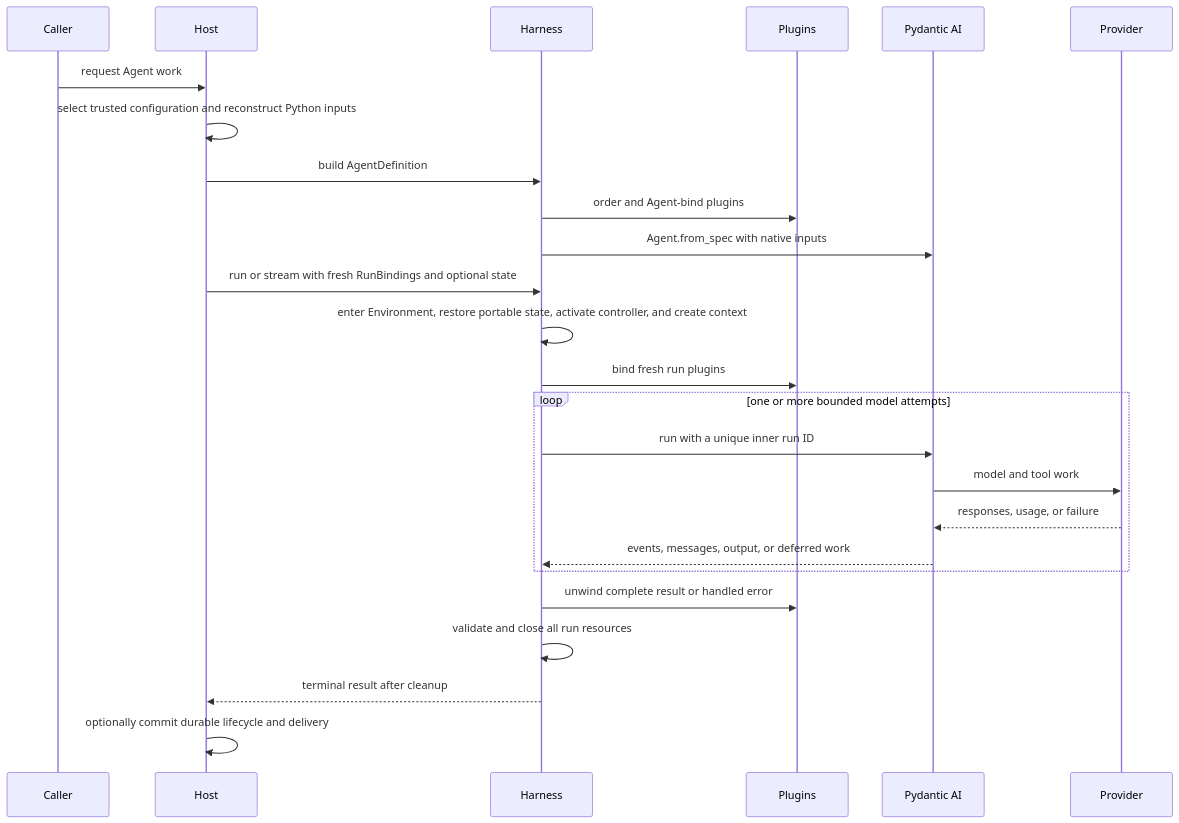
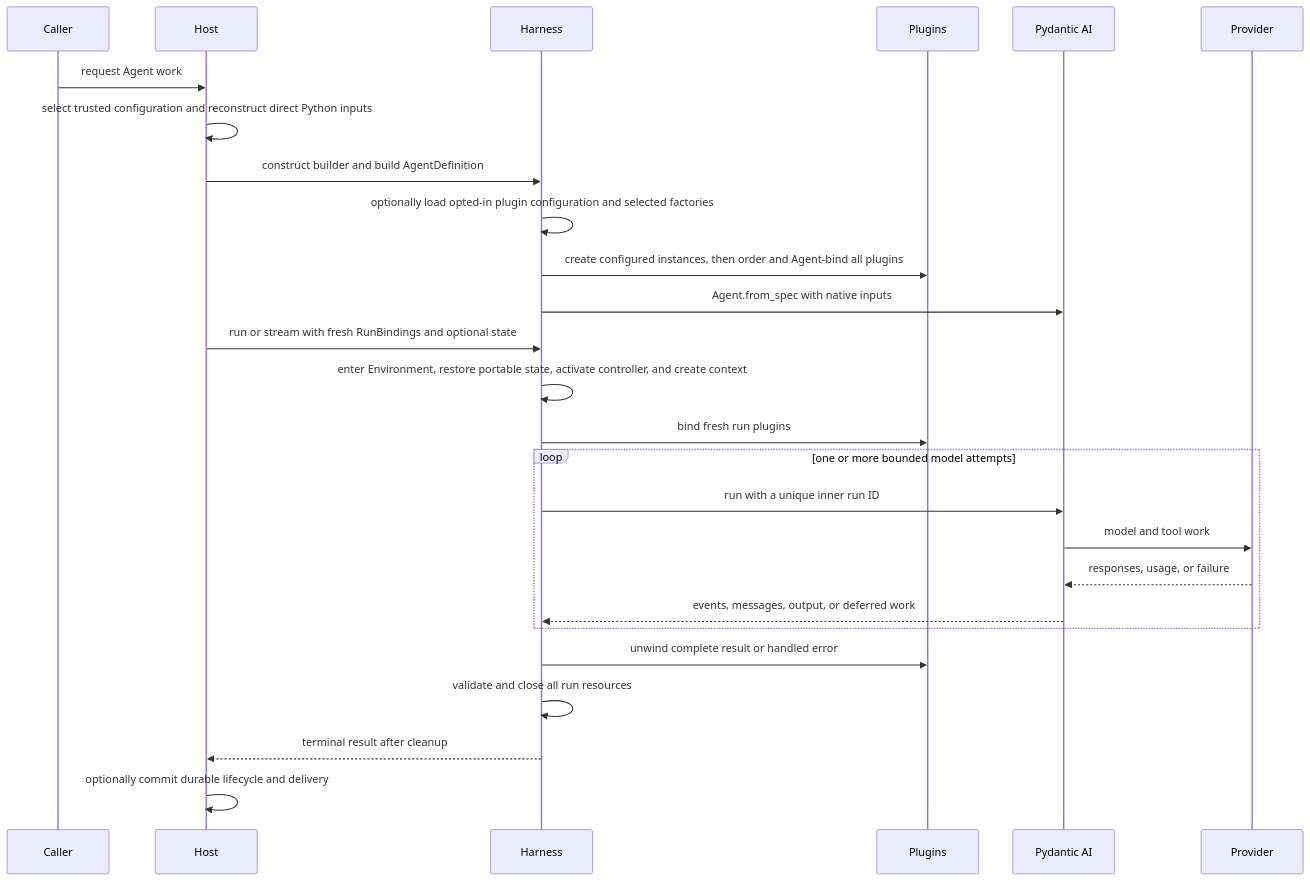
Before and after one commit to LTThreeComma/agent-foundation: the second of 2 diagrams in spec/agent-harness/00-overview.md, drawn with Mermaid. The commit also changed other lines of this file and 42 other files, not shown here.

First line of the commit message:
feat(harness): add configured plugin loading

````diff
--- a/spec/agent-harness/00-overview.md
+++ b/spec/agent-harness/00-overview.md
@@ -87,28 +88,29 @@
 ```mermaid
 sequenceDiagram
     participant Caller
     participant Host
     participant Harness
     participant Plugins
     participant PAI as Pydantic AI
     participant Provider
 
     Caller->>Host: request Agent work
-    Host->>Host: select trusted configuration and reconstruct Python inputs
-    Host->>Harness: build AgentDefinition
-    Harness->>Plugins: order and Agent-bind plugins
+    Host->>Host: select trusted configuration and reconstruct direct Python inputs
+    Host->>Harness: construct builder and build AgentDefinition
+    Harness->>Harness: optionally load opted-in plugin configuration and selected factories
+    Harness->>Plugins: create configured instances, then order and Agent-bind all plugins
     Harness->>PAI: Agent.from_spec with native inputs
     Host->>Harness: run or stream with fresh RunBindings and optional state
     Harness->>Harness: enter Environment, restore portable state, activate controller, and create context
     Harness->>Plugins: bind fresh run plugins
     loop one or more bounded model attempts
         Harness->>PAI: run with a unique inner run ID
         PAI->>Provider: model and tool work
         Provider-->>PAI: responses, usage, or failure
         PAI-->>Harness: events, messages, output, or deferred work
     end
     Harness->>Plugins: unwind complete result or handled error
     Harness->>Harness: validate and close all run resources
     Harness-->>Host: terminal result after cleanup
     Host->>Host: optionally commit durable lifecycle and delivery
 ```
````
